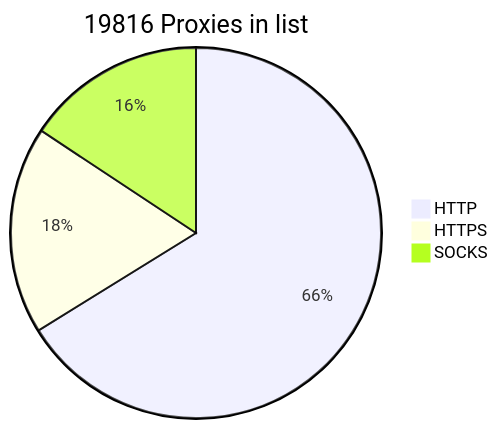
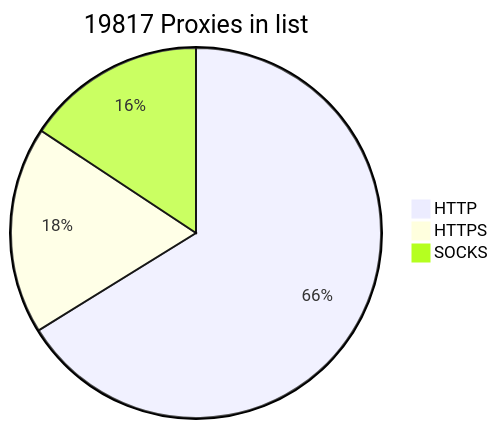
The diagram in README.md (BlackSnowDot/proxylist-update-every-minute), drawn with Mermaid before and after one commit.

````diff
--- a/README.md
+++ b/README.md
@@ -2,6 +2,6 @@
 ```mermaid
-pie title 19816 Proxies in list
+pie title 19817 Proxies in list
     "HTTP" : 14519
     "HTTPS": 3975
-    "SOCKS" : 3444
+    "SOCKS" : 3445
 ```
````
